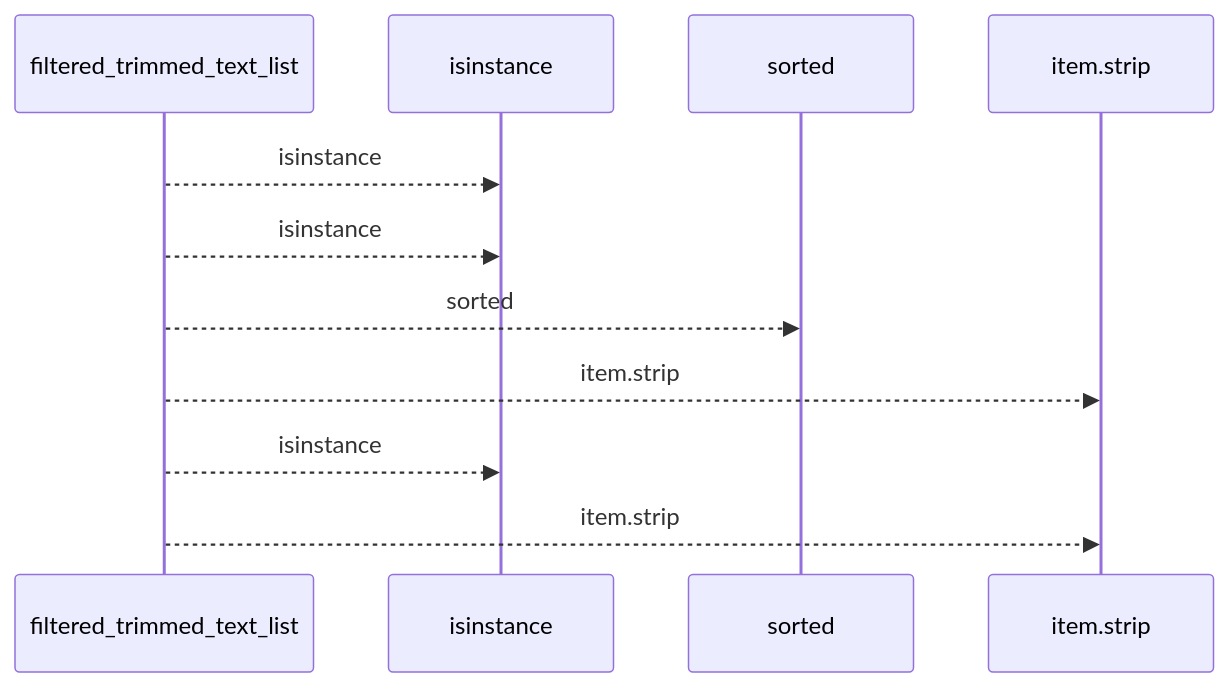
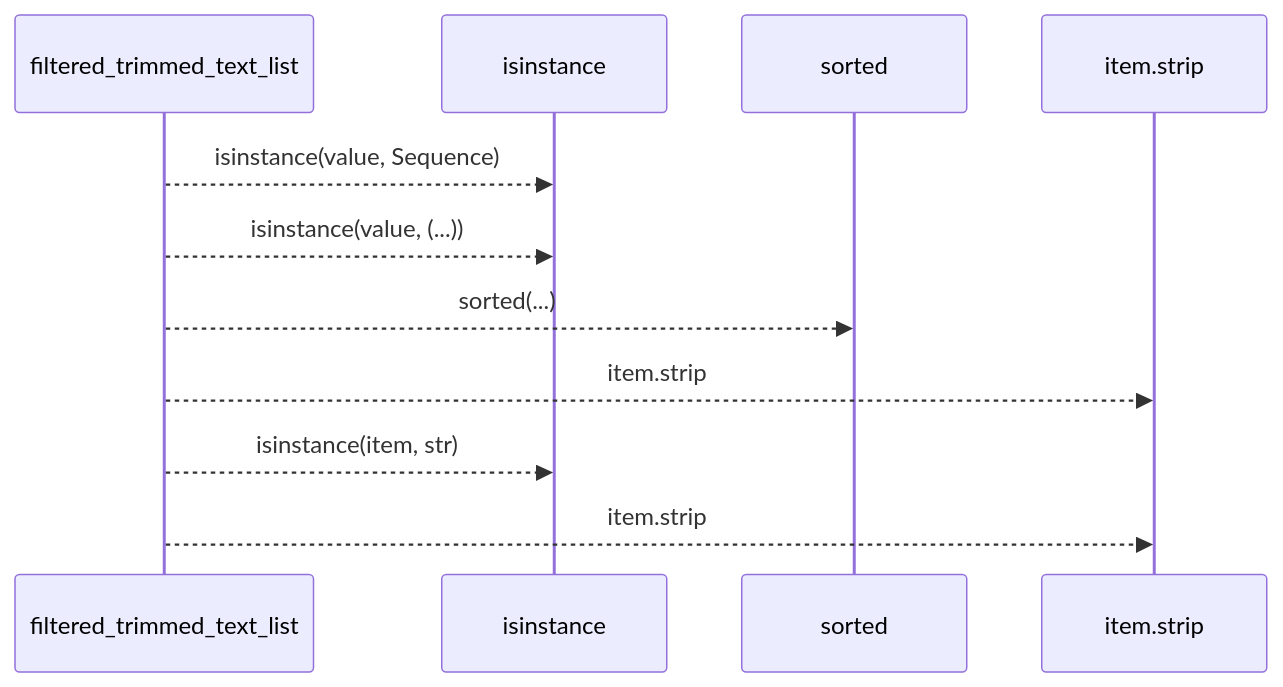
The first of 2 diagrams in docs/llm_wiki/flows/api-filtered_trimmed_text_list.md (Denissvgn/python-wiki-llm), drawn with Mermaid before and after one commit. The commit also changed other lines of this file and 1410 other files, not shown here.

````diff
--- a/docs/llm_wiki/flows/api-filtered_trimmed_text_list.md
+++ b/docs/llm_wiki/flows/api-filtered_trimmed_text_list.md
@@ -10,13 +12,13 @@
 ```mermaid
 sequenceDiagram
     participant p0 as filtered_trimmed_text_list
     participant p1 as isinstance
     participant p2 as sorted
     participant p3 as item.strip
-    p0-->>p1: isinstance
-    p0-->>p1: isinstance
-    p0-->>p2: sorted
+    p0-->>p1: isinstance(value, Sequence)
+    p0-->>p1: isinstance(value, (...))
+    p0-->>p2: sorted(...)
     p0-->>p3: item.strip
-    p0-->>p1: isinstance
+    p0-->>p1: isinstance(item, str)
     p0-->>p3: item.strip
 ```
````
